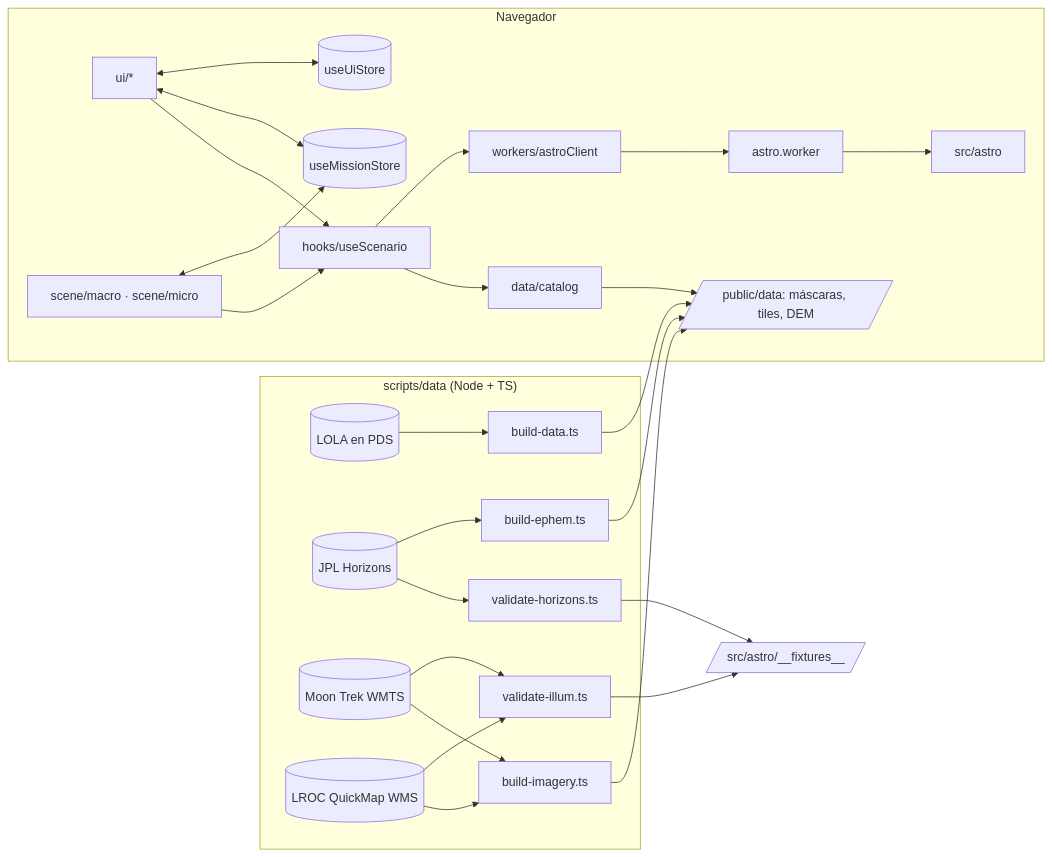
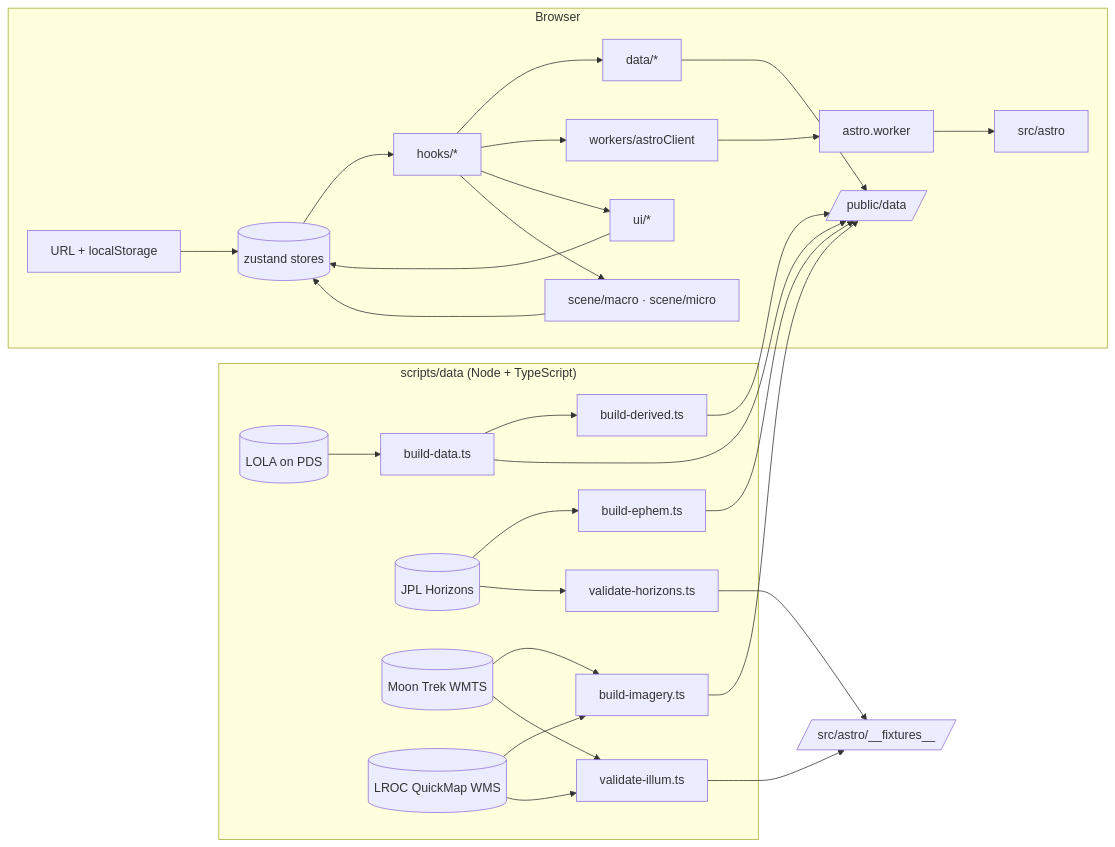
Before and after one commit to PandisDP/LUMEN: the diagram in ARCHITECTURE.md, drawn with Mermaid. The commit also changed other lines of this file and 4 other files, not shown here.

Commit message:
Docs: English README and architecture, remove the validation README and challenge wording

````diff
--- a/ARCHITECTURE.md
+++ b/ARCHITECTURE.md
@@ -9,30 +11,30 @@
 ```mermaid
 flowchart LR
-    subgraph Offline["scripts/data (Node + TS)"]
-      PDS[(LOLA en PDS)] --> Build[build-data.ts]
-      HZ[(JPL Horizons)] --> Val[validate-horizons.ts]
-      HZ --> Eph[build-ephem.ts]
+    subgraph Offline["scripts/data (Node + TypeScript)"]
+      PDS[(LOLA on PDS)] --> Build[build-data.ts]
+      Build --> Derived[build-derived.ts]
+      HZ[(JPL Horizons)] --> Eph[build-ephem.ts]
+      HZ --> Val[validate-horizons.ts]
       TK[(Moon Trek WMTS)] --> Img[build-imagery.ts]
       QM[(LROC QuickMap WMS)] --> Img
       TK --> VI[validate-illum.ts]
       QM --> VI
     end
+    Build --> Data[/public/data/]
+    Derived --> Data
+    Eph --> Data
     Img --> Data
-    Build --> Data[/public/data: máscaras, tiles, DEM/]
-    Eph --> Data
     Val --> Fix[/src/astro/__fixtures__/]
     VI --> Fix
 
-    subgraph App["Navegador"]
-      Store[(useMissionStore)]
-      UiStore[(useUiStore)]
-      Catalog[data/catalog] --> Data
-      Hooks[hooks/useScenario] --> Catalog
+    subgraph App["Browser"]
+      URL[URL + localStorage] --> Stores[(zustand stores)]
+      Stores --> Hooks[hooks/*]
+      Hooks --> Loaders[data/*] --> Data
       Hooks --> Client[workers/astroClient] --> Worker[astro.worker] --> Astro[src/astro]
-      UI[ui/*] --> Hooks
-      Scene[scene/macro · scene/micro] --> Hooks
-      UI <--> Store
-      UI <--> UiStore
-      Scene <--> Store
+      Hooks --> UI[ui/*]
+      Hooks --> Scene[scene/macro · scene/micro]
+      UI --> Stores
+      Scene --> Stores
     end
 ```
````
